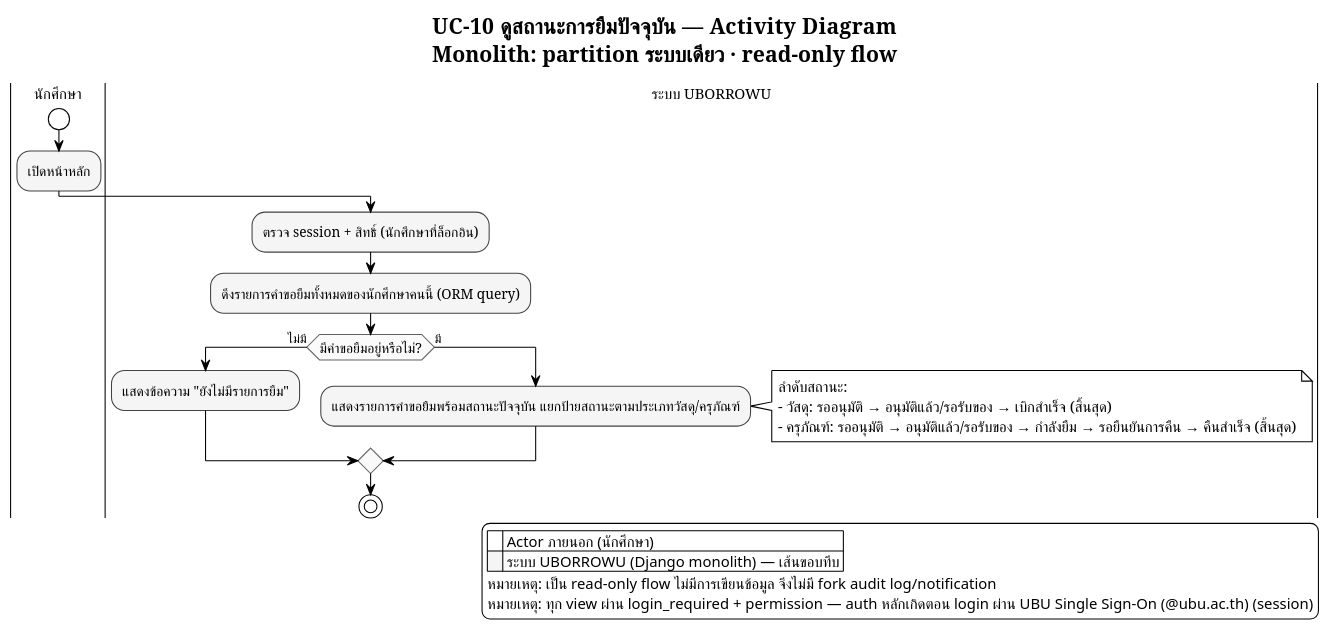
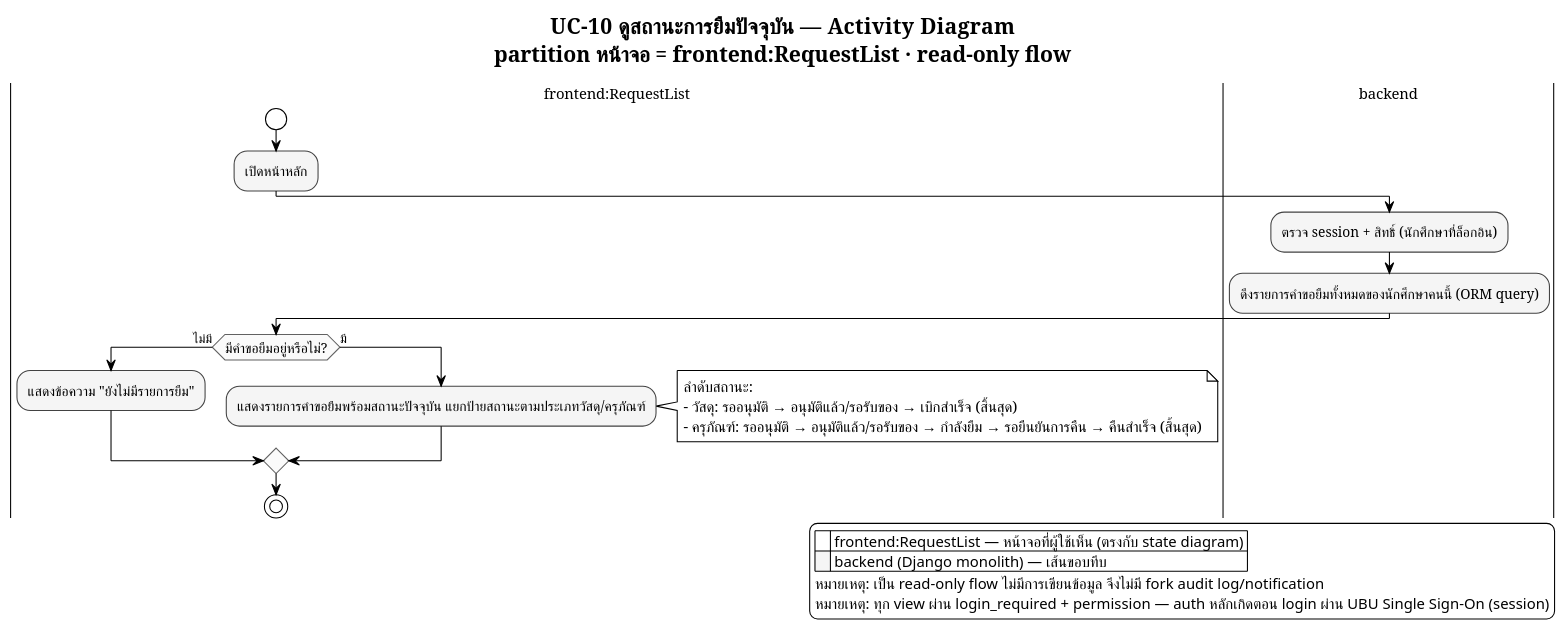
Before and after one commit to patlnwza-007/project-2569: the diagram in proposal/usecase/activity_module3_uc10.puml, drawn with PlantUML. The commit also changed 46 other files, not shown here.

First line of the commit message:
Rework UI state/activity diagrams onto frontend:PageCode/backend convention

```diff
--- a/proposal/usecase/activity_module3_uc10.puml
+++ b/proposal/usecase/activity_module3_uc10.puml
@@ -1,70 +1,72 @@
 @startuml activity_module3_uc10
 ' ══════════════════════════════════════════════════════════════════
 ' รองรับภาษาไทย — อ่านก่อน render:
 ' 1. บันทึกไฟล์นี้เป็น UTF-8 (ไม่ต้องมี BOM) เสมอ
 ' 2. ถ้า render ผ่าน CLI (plantuml.jar) ต้องระบุ flag encoding ด้วย:
 '      java -Dfile.encoding=UTF-8 -jar plantuml.jar -charset UTF-8 activity_borrow_UC10_view_status.puml
 ' 3. บังคับใช้ Smetana (pure-Java layout engine) แทน Graphviz/dot
 '    เพราะ Graphviz บางระบบ (โดยเฉพาะ Windows) อ่าน UTF-8 ไม่ตรง ทำให้ตัวอักษรไทยเพี้ยน/หาย
 !pragma layout smetana
 ' 4. ฟอนต์ที่มีสระ/วรรณยุกต์ไทยครบและ render ผ่าน Java ได้เสถียร
 '    - Windows: "TH Sarabun New" (ฟอนต์มาตรฐานราชการ) หรือ "Tahoma" (มากับเครื่องอยู่แล้ว)
 '    - Linux / PlantUML online server: เปลี่ยนเป็น "Noto Sans Thai" หรือ "Loma"
 skinparam defaultFontName "TH Sarabun New"
 skinparam defaultFontSize 14
 ' ══════════════════════════════════════════════════════════════════
 
 !theme plain
 skinparam titleFontName "TH Sarabun New"
 skinparam titleFontSize 20
 skinparam noteFontName "TH Sarabun New"
 skinparam ArrowFontName "TH Sarabun New"
 skinparam ArrowFontSize 12
 skinparam swimlaneTitleFontName "TH Sarabun New"
 skinparam swimlaneTitleFontSize 14
 
 ' ===== Monochrome เท่านั้น =====
 skinparam activity {
   BackgroundColor #F5F5F5
   BorderColor #424242
   FontName "TH Sarabun New"
   FontSize 13
   DiamondBackgroundColor #FAFAFA
   DiamondBorderColor #616161
 }
 skinparam partition {
   BackgroundColor #FAFAFA
   BorderColor #424242
 }
 
-title UC-10 ดูสถานะการยืมปัจจุบัน — Activity Diagram\nMonolith: partition ระบบเดียว · read-only flow
+title UC-10 ดูสถานะการยืมปัจจุบัน — Activity Diagram\npartition หน้าจอ = frontend:RequestList · read-only flow
 
-|นักศึกษา|
+|frontend:RequestList|
 start
-' สมมติว่า login แล้ว (session ผ่าน allauth) — ไม่ต้องวาด OAuth ซ้ำใน flow นี้
+' สมมติว่า login แล้ว (session) — ไม่ต้องวาด OAuth/SSO ซ้ำใน flow นี้
 :เปิดหน้าหลัก;
 
-|ระบบ UBORROWU|
+|backend|
 :ตรวจ session + สิทธิ์ (นักศึกษาที่ล็อกอิน);
 :ดึงรายการคำขอยืมทั้งหมดของนักศึกษาคนนี้ (ORM query);
+
+|frontend:RequestList|
 if (มีคำขอยืมอยู่หรือไม่?) then (ไม่มี)
   :แสดงข้อความ "ยังไม่มีรายการยืม";
 else (มี)
   :แสดงรายการคำขอยืมพร้อมสถานะปัจจุบัน แยกป้ายสถานะตามประเภทวัสดุ/ครุภัณฑ์;
   note right
     ลำดับสถานะ:
     - วัสดุ: รออนุมัติ → อนุมัติแล้ว/รอรับของ → เบิกสำเร็จ (สิ้นสุด)
     - ครุภัณฑ์: รออนุมัติ → อนุมัติแล้ว/รอรับของ → กำลังยืม → รอยืนยันการคืน → คืนสำเร็จ (สิ้นสุด)
   end note
 endif
 
 stop
 
 legend right
-  |<back:white>    </back>| Actor ภายนอก (นักศึกษา) |
-  |<back:#F5F5F5>    </back>| ระบบ UBORROWU (Django monolith) — เส้นขอบทึบ |
+  |<back:white>    </back>| frontend:RequestList — หน้าจอที่ผู้ใช้เห็น (ตรงกับ state diagram) |
+  |<back:#F5F5F5>    </back>| backend (Django monolith) — เส้นขอบทึบ |
   หมายเหตุ: เป็น read-only flow ไม่มีการเขียนข้อมูล จึงไม่มี fork audit log/notification
-  หมายเหตุ: ทุก view ผ่าน login_required + permission — auth หลักเกิดตอน login ผ่าน UBU Single Sign-On (@ubu.ac.th) (session)
+  หมายเหตุ: ทุก view ผ่าน login_required + permission — auth หลักเกิดตอน login ผ่าน UBU Single Sign-On (session)
 endlegend
 
 @enduml
```
